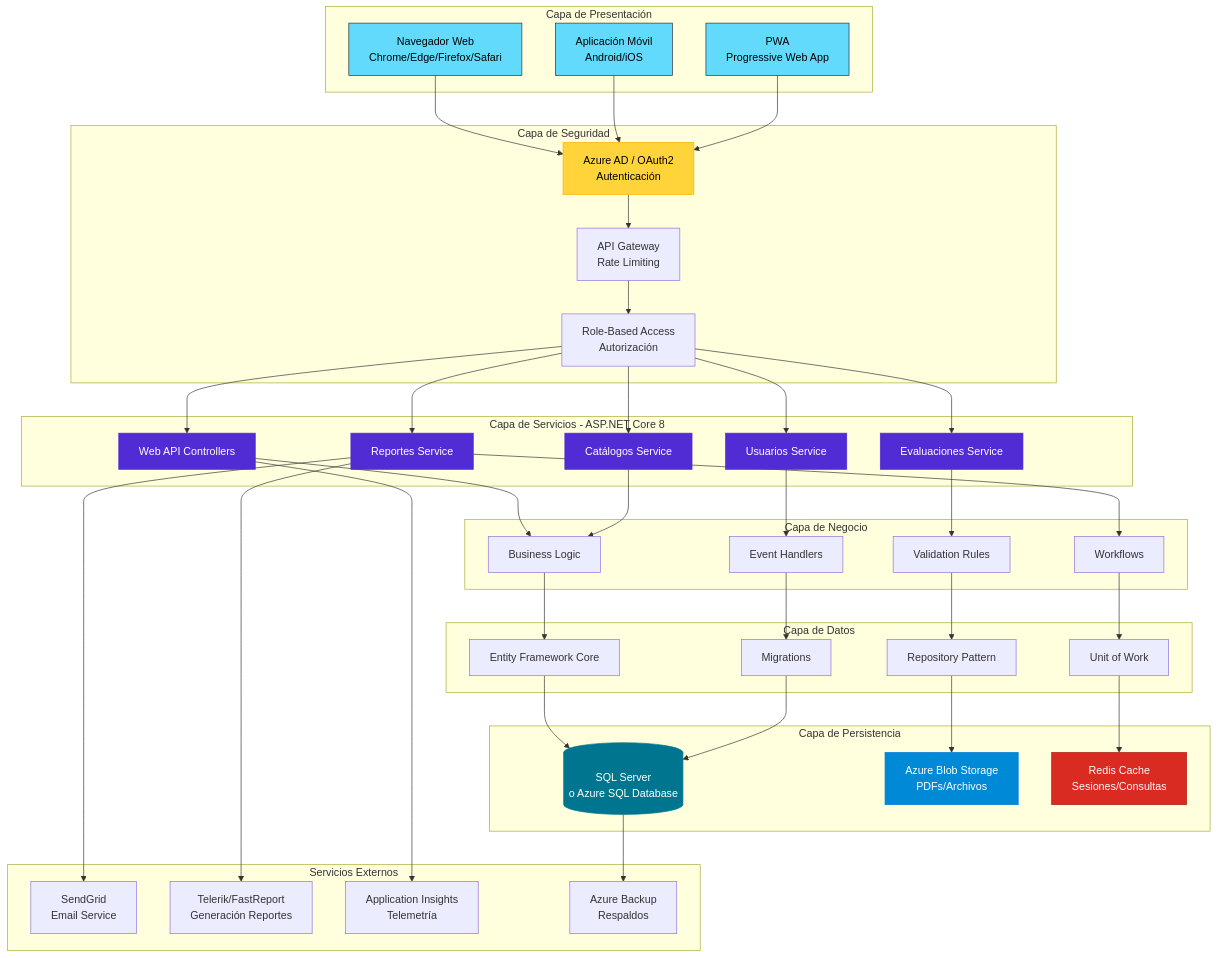
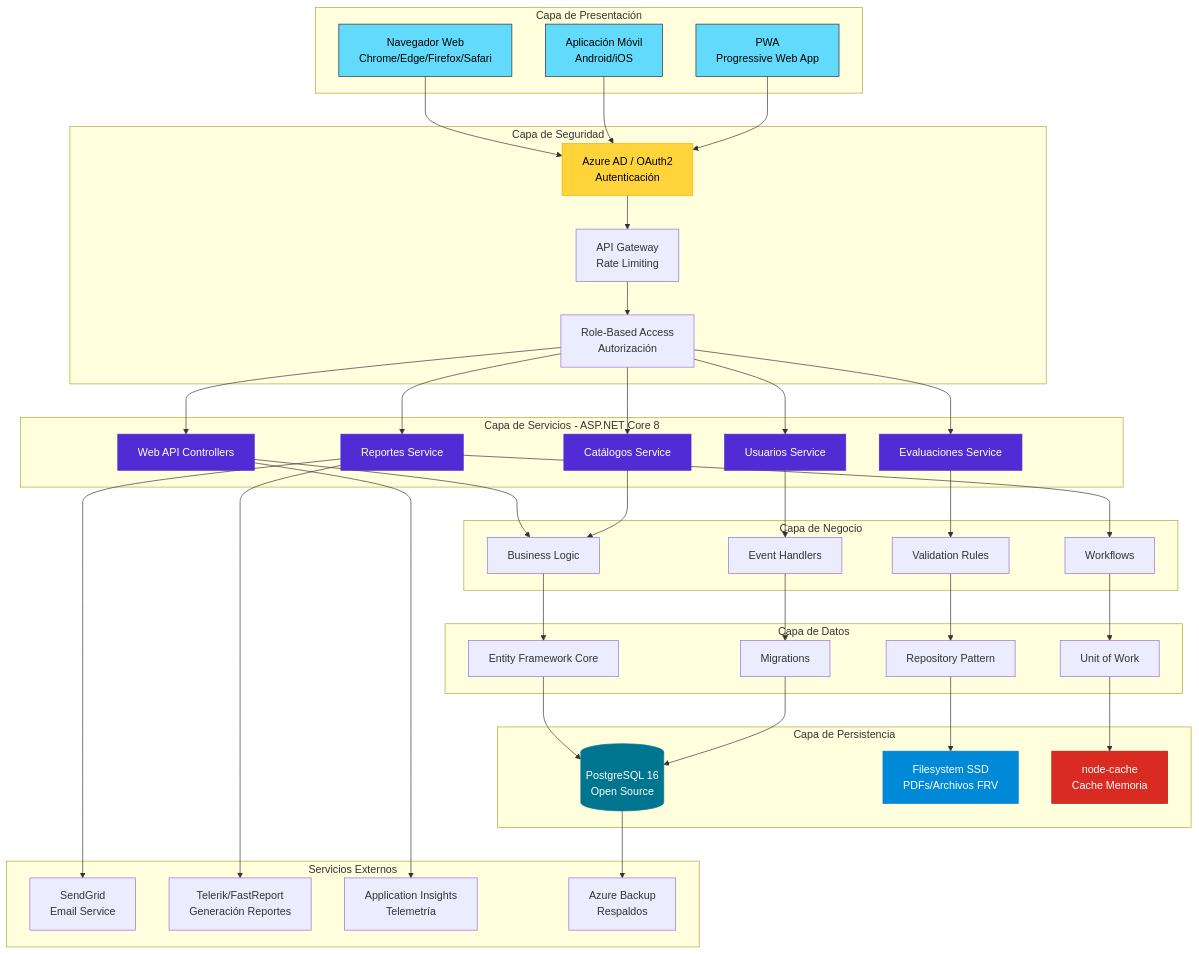
One commit to dleonsystem/sep_evaluacion_diagnostica changed the third of 3 diagrams in ANALISIS_TECNICO_COMPLEMENTARIO.md. Above: the diagram before and after it, drawn with Mermaid. The commit also changed other lines of this file and 6 other files, not shown here.

First line of the commit message:
feat: migrate from MinIO and Redis to Filesystem SSD and node-cache

```diff
--- a/ANALISIS_TECNICO_COMPLEMENTARIO.md
+++ b/ANALISIS_TECNICO_COMPLEMENTARIO.md
@@ -2870,9 +2872,9 @@
     end
     
     subgraph "Capa de Persistencia"
-        F1[(SQL Server<br/>o Azure SQL Database)]
-        F2[Azure Blob Storage<br/>PDFs/Archivos]
-        F3[Redis Cache<br/>Sesiones/Consultas]
+        F1[(PostgreSQL 16<br/>Open Source)]
+        F2[Filesystem SSD<br/>PDFs/Archivos FRV]
+        F3[node-cache<br/>Cache Memoria]
     end
     
     subgraph "Servicios Externos"
```
